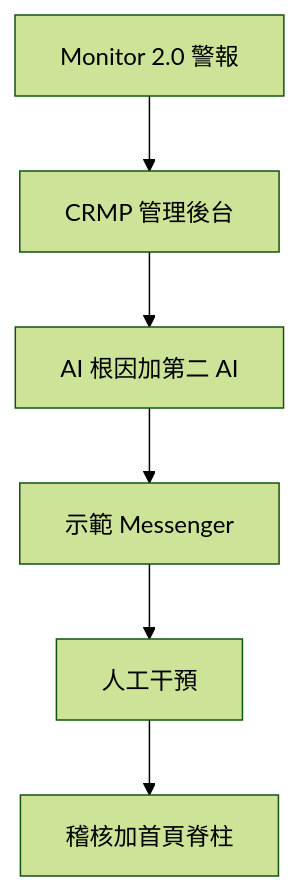
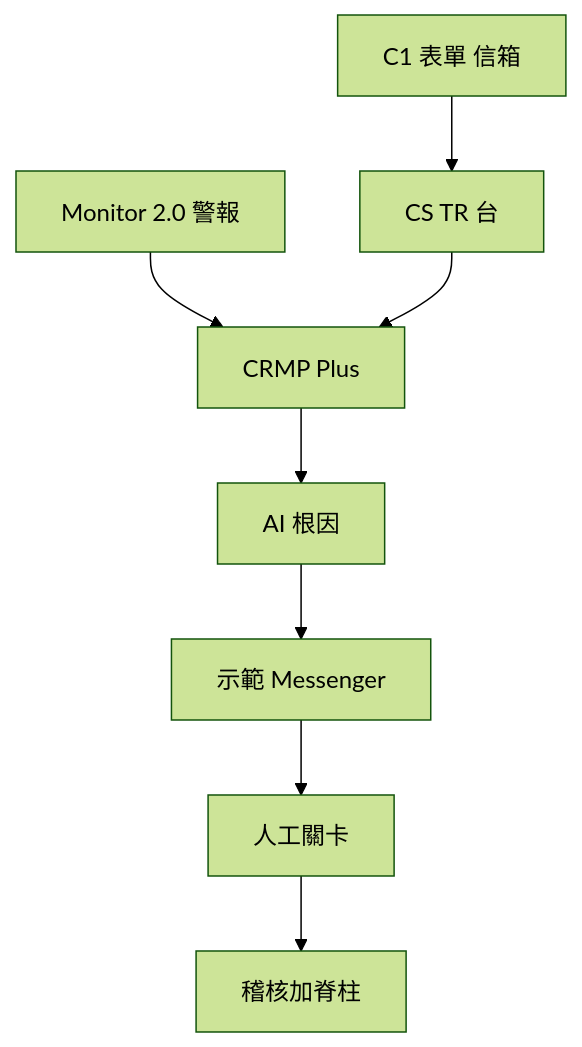
Before and after one commit to hxyan2020/PRD: the first of 12 diagrams in platform/docs/USER_GUIDE.zh-Hant.md, drawn with Mermaid (forest theme). The commit also changed other lines of this file and 31 other files, not shown here.

First line of the commit message:
Give CRMP Plus its own Pages URL and leave original CRMP Admin frozen.

````diff
--- a/platform/docs/USER_GUIDE.zh-Hant.md
+++ b/platform/docs/USER_GUIDE.zh-Hant.md
@@ -32,8 +33,10 @@
 ```mermaid
 graph TD
-  Monitor[Monitor 2.0 警報] --> Desk[CRMP 管理後台]
-  Desk --> AI[AI 根因加第二 AI]
+  Monitor[Monitor 2.0 警報] --> Plus[CRMP Plus]
+  Client[C1 表單 信箱] --> Cs[CS TR 台]
+  Cs --> Plus
+  Plus --> AI[AI 根因]
   AI --> Msg[示範 Messenger]
-  Msg --> Human[人工干預]
-  Human --> Audit[稽核加首頁脊柱]
+  Msg --> Human[人工關卡]
+  Human --> Audit[稽核加脊柱]
 ```
````
